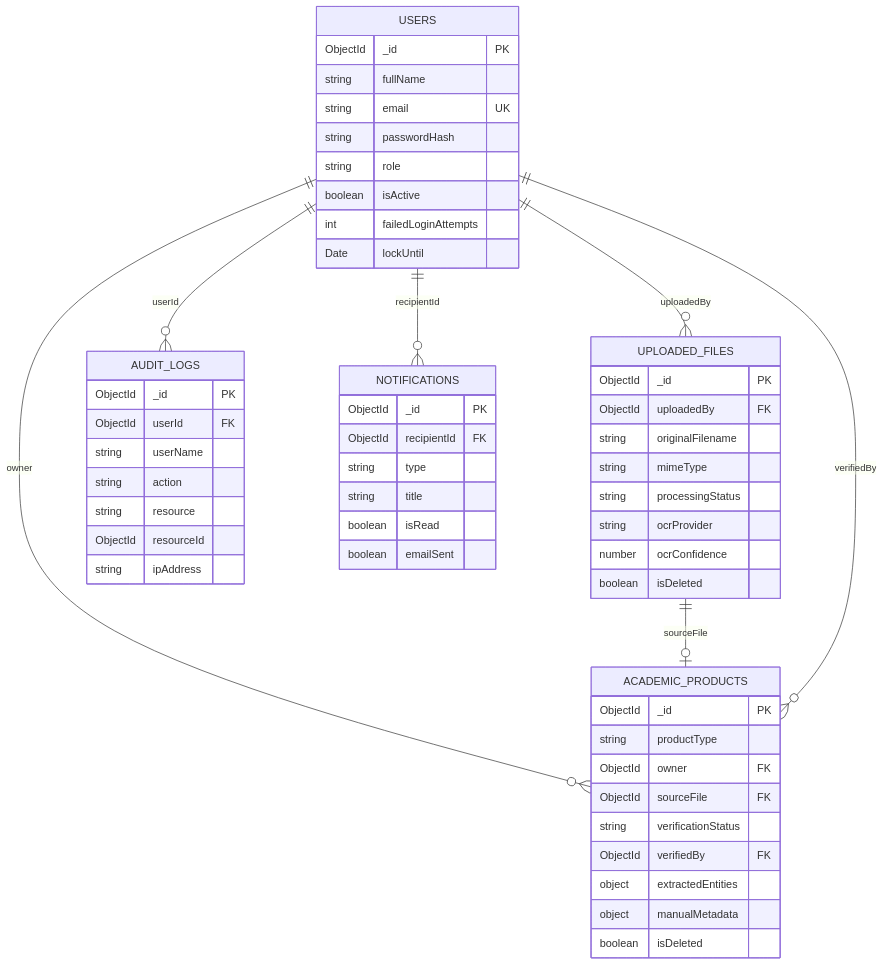
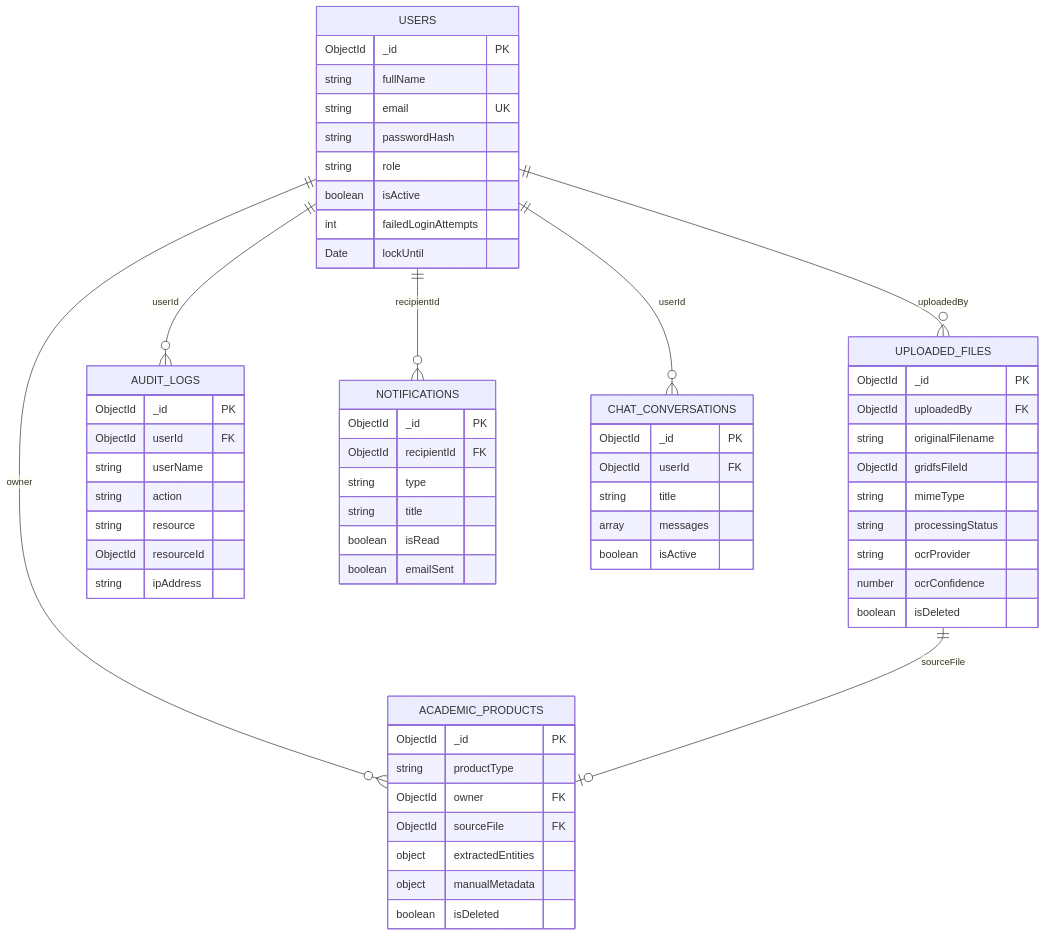
The diagram in docs/analisis-diseno/documentacion/04-modelo-datos.md (KarloZ7715/SIPAc), drawn with Mermaid before and after one commit. The commit also changed other lines of this file and 28 other files, not shown here.

Commit message:
docs(analisis): alinear arquitectura y diagramas

````diff
--- a/docs/analisis-diseno/documentacion/04-modelo-datos.md
+++ b/docs/analisis-diseno/documentacion/04-modelo-datos.md
@@ -832,62 +918,69 @@
 ```mermaid
 erDiagram
     USERS {
         ObjectId _id PK
         string fullName
         string email UK
         string passwordHash
         string role
         boolean isActive
         int failedLoginAttempts
         Date lockUntil
     }
 
     UPLOADED_FILES {
         ObjectId _id PK
         ObjectId uploadedBy FK
         string originalFilename
+        ObjectId gridfsFileId
         string mimeType
         string processingStatus
         string ocrProvider
         number ocrConfidence
         boolean isDeleted
     }
 
     ACADEMIC_PRODUCTS {
         ObjectId _id PK
         string productType
         ObjectId owner FK
         ObjectId sourceFile FK
-        string verificationStatus
-        ObjectId verifiedBy FK
         object extractedEntities
         object manualMetadata
         boolean isDeleted
     }
 
     AUDIT_LOGS {
         ObjectId _id PK
         ObjectId userId FK
         string userName
         string action
         string resource
         ObjectId resourceId
         string ipAddress
     }
 
     NOTIFICATIONS {
         ObjectId _id PK
         ObjectId recipientId FK
         string type
         string title
         boolean isRead
         boolean emailSent
     }
 
+    CHAT_CONVERSATIONS {
+        ObjectId _id PK
+        ObjectId userId FK
+        string title
+        array messages
+        boolean isActive
+    }
+
     USERS ||--o{ UPLOADED_FILES : "uploadedBy"
     USERS ||--o{ ACADEMIC_PRODUCTS : "owner"
     USERS ||--o{ AUDIT_LOGS : "userId"
     USERS ||--o{ NOTIFICATIONS : "recipientId"
     UPLOADED_FILES ||--o| ACADEMIC_PRODUCTS : "sourceFile"
-    USERS ||--o{ ACADEMIC_PRODUCTS : "verifiedBy"
+    USERS ||--o{ CHAT_CONVERSATIONS : "userId"
 ```
````
